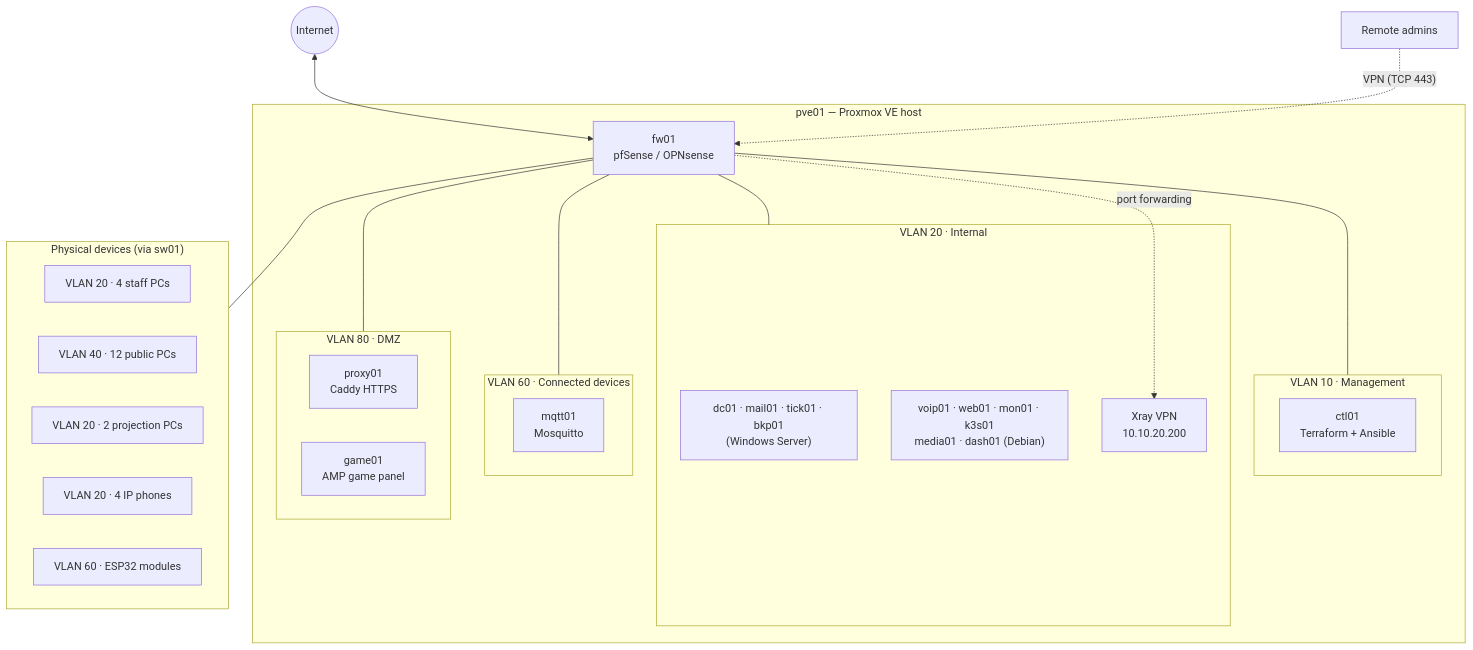
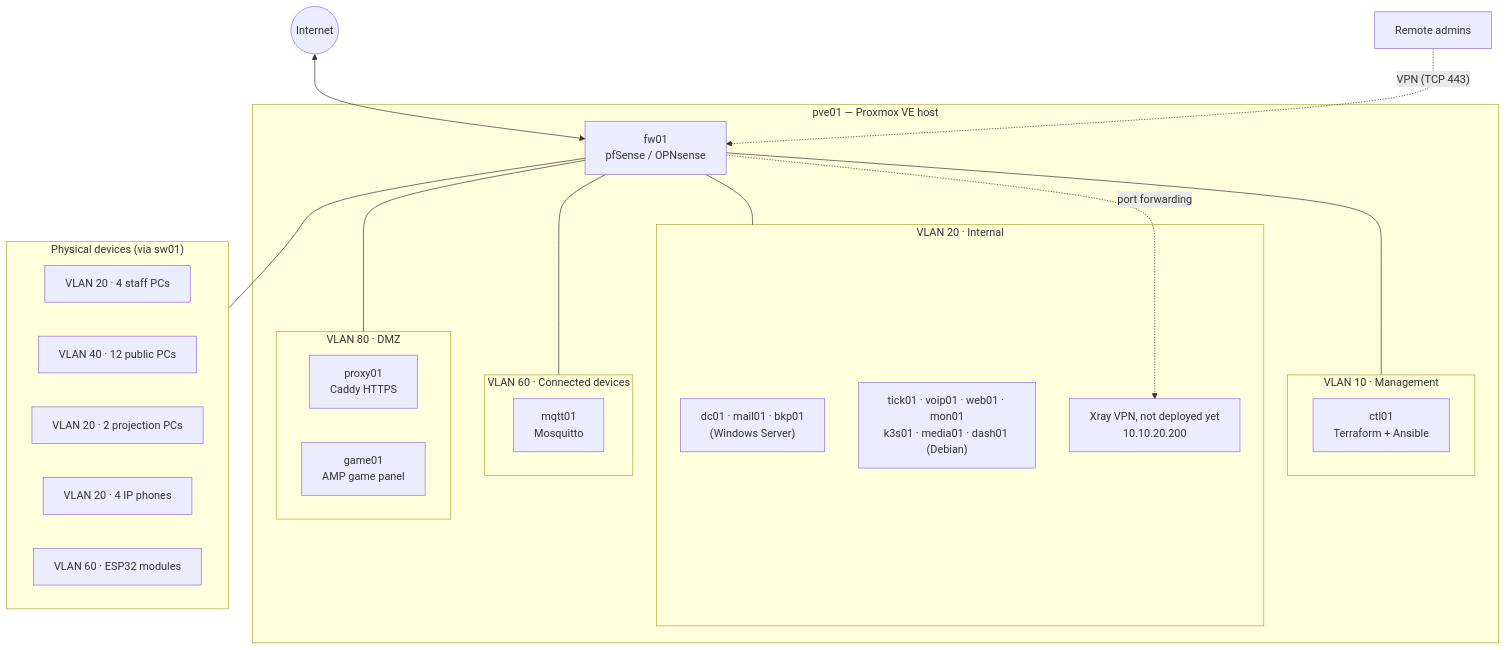
Before and after one commit to Keystone-Core/entertainment-center-infra: the diagram in README.md, drawn with Mermaid. The commit also changed other lines of this file and 5 other files, not shown here.

````diff
--- a/README.md
+++ b/README.md
@@ -20,38 +20,38 @@
 ```mermaid
 flowchart TB
     internet((Internet))
     admins[Remote admins]
 
     subgraph pve01["pve01 — Proxmox VE host"]
         fw01["fw01<br>pfSense / OPNsense"]
         subgraph mgmt["VLAN 10 · Management"]
             ctl01[ctl01<br>Terraform + Ansible]
         end
         subgraph srv["VLAN 20 · Internal"]
-            win["dc01 · mail01 · tick01 · bkp01<br>(Windows Server)"]
-            lin["voip01 · web01 · mon01 · k3s01<br>media01 · dash01 (Debian)"]
-            vpn[Xray VPN<br>10.10.20.200]
+            win["dc01 · mail01 · bkp01<br>(Windows Server)"]
+            lin["tick01 · voip01 · web01 · mon01<br>k3s01 · media01 · dash01 (Debian)"]
+            vpn[Xray VPN, not deployed yet<br>10.10.20.200]
         end
         subgraph iot["VLAN 60 · Connected devices"]
             mqtt01[mqtt01<br>Mosquitto]
         end
         subgraph dmz["VLAN 80 · DMZ"]
             proxy01[proxy01<br>Caddy HTTPS]
             game01[game01<br>AMP game panel]
         end
     end
 
     subgraph lan["Physical devices (via sw01)"]
         staff[VLAN 20 · 4 staff PCs]
         pub[VLAN 40 · 12 public PCs]
         rooms[VLAN 20 · 2 projection PCs]
         phones[VLAN 20 · 4 IP phones]
         esp[VLAN 60 · ESP32 modules]
     end
 
     internet <--> fw01
     admins -. "VPN (TCP 443)" .-> fw01
     fw01 -. port forwarding .-> vpn
     fw01 --- mgmt & srv & iot & dmz
     fw01 --- lan
 ```
````
